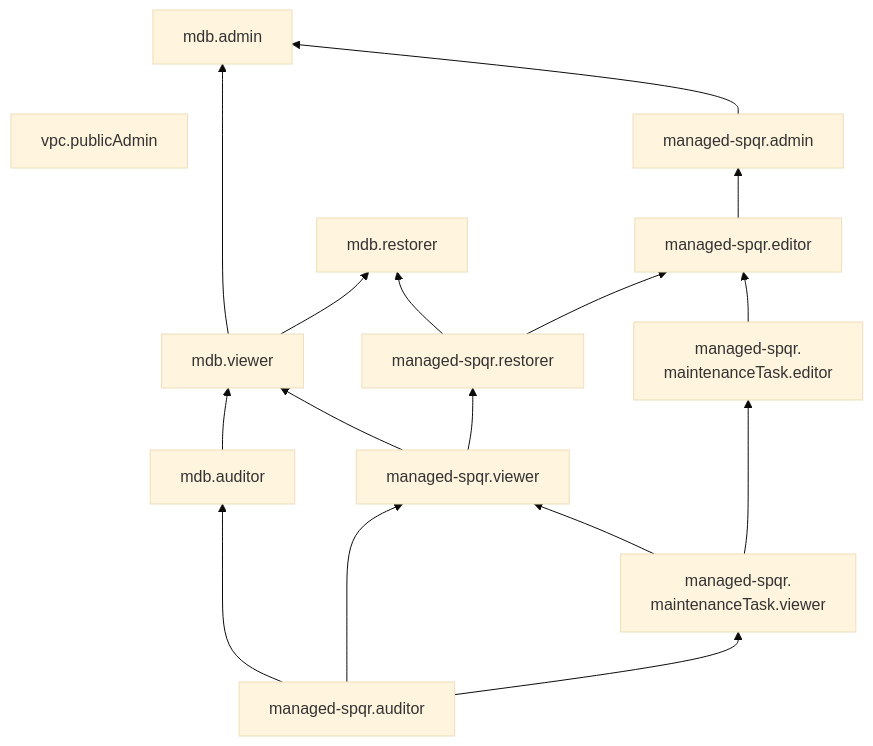
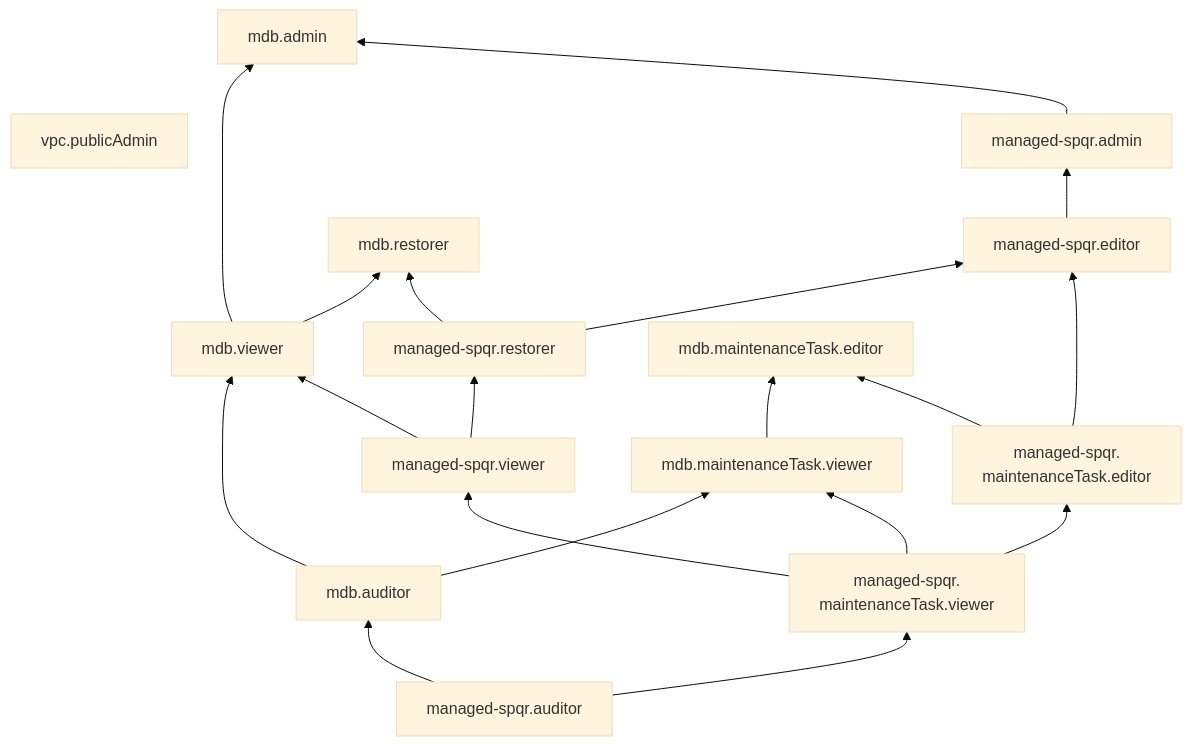
The diagram in en/_mermaid/roles/managed-spqr.md (yandex-cloud/docs), drawn with Mermaid (base theme) before and after one commit. The commit also changed 235 other files, not shown here.

````diff
--- a/en/_mermaid/roles/managed-spqr.md
+++ b/en/_mermaid/roles/managed-spqr.md
@@ -1,21 +1,26 @@
 ```mermaid
 flowchart BT
     vpc.publicAdmin ~~~ mdb.admin
     mdb.viewer --> mdb.admin
-    mdb.auditor --> mdb.viewer
+    mdb.viewer ~~~ mdb.admin
+    mdb.restorer ~~~ mdb.admin
     mdb.viewer --> mdb.restorer
-    managed-spqr.restorer --> mdb.restorer
     managed-spqr.admin --> mdb.admin
-    managed-spqr.viewer --> mdb.viewer
-    managed-spqr.auditor --> mdb.auditor    
-    managed-spqr.editor --> managed-spqr.admin
     managed-spqr.viewer --> managed-spqr.restorer
-    managed-spqr.auditor --> managed-spqr.viewer
     managed-spqr.restorer --> managed-spqr.editor
+    mdb.auditor --> mdb.maintenanceTask.viewer
+    mdb.maintenanceTask.viewer --> mdb.maintenanceTask.editor
+    managed-spqr.maintenanceTask.viewer --> mdb.maintenanceTask.viewer
     managed-spqr.maintenanceTask.editor --> managed-spqr.editor
     managed-spqr.maintenanceTask.viewer --> managed-spqr.viewer
+    managed-spqr.maintenanceTask.viewer --> managed-spqr.maintenanceTask.editor["`managed-spqr.
+    maintenanceTask.editor`"]
+    managed-spqr.maintenanceTask.editor --> mdb.maintenanceTask.editor
     managed-spqr.auditor --> managed-spqr.maintenanceTask.viewer["`managed-spqr.
     maintenanceTask.viewer`"]
-    managed-spqr.maintenanceTask.viewer --> managed-spqr.maintenanceTask.editor["`managed-spqr.
-    maintenanceTask.editor`"]
+    mdb.auditor --> mdb.viewer
+    managed-spqr.viewer --> mdb.viewer
+    managed-spqr.auditor --> mdb.auditor
+    managed-spqr.editor --> managed-spqr.admin
+    managed-spqr.restorer --> mdb.restorer
 ```
````
